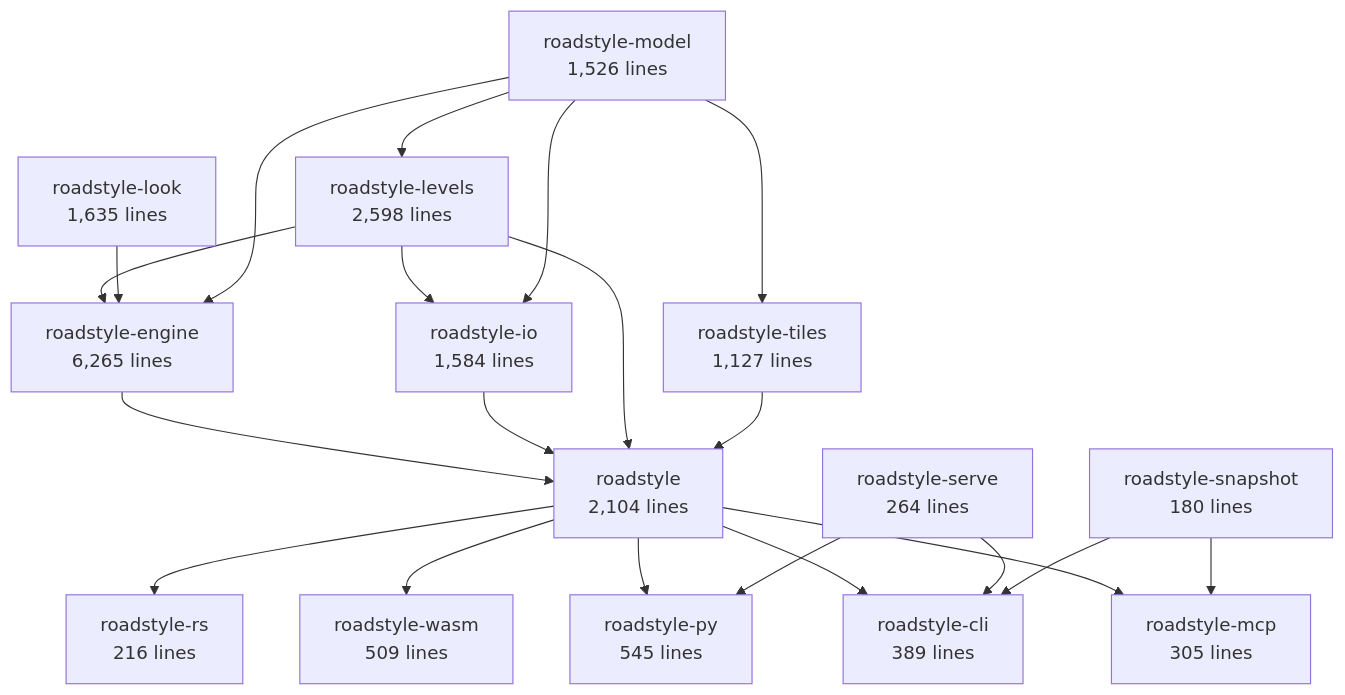
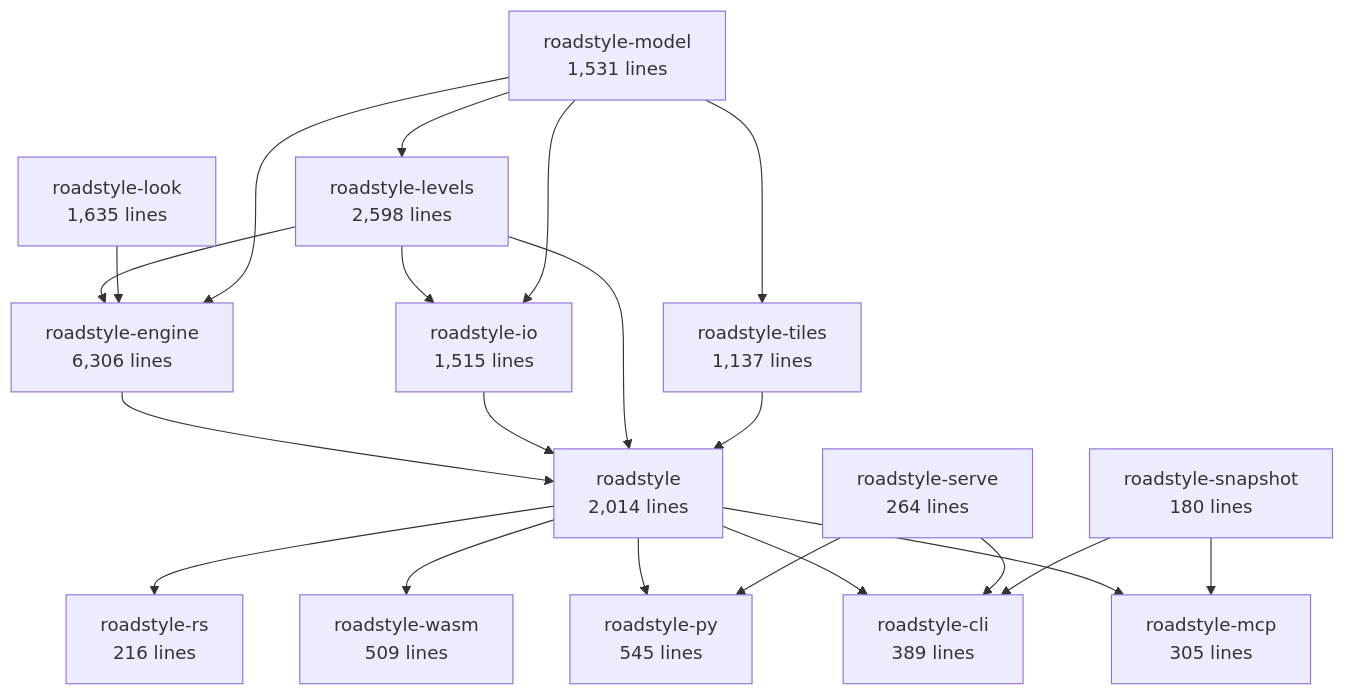
The second of 6 diagrams in docs/rust/architecture.md (Khoshkhah/roadstyle), drawn with Mermaid before and after one commit. The commit also changed other lines of this file and 2 other files, not shown here.

First line of the commit message:
test goldens: the two page goldens again after the merge of rust-engine bcea0ae

````diff
--- a/docs/rust/architecture.md
+++ b/docs/rust/architecture.md
@@ -70,37 +70,37 @@
 ```mermaid
 flowchart TB
-    roadstyle_model["roadstyle-model<br/>1,526 lines"]
+    roadstyle_model["roadstyle-model<br/>1,531 lines"]
     roadstyle_look["roadstyle-look<br/>1,635 lines"]
-    roadstyle_io["roadstyle-io<br/>1,584 lines"]
+    roadstyle_io["roadstyle-io<br/>1,515 lines"]
     roadstyle_levels["roadstyle-levels<br/>2,598 lines"]
-    roadstyle_engine["roadstyle-engine<br/>6,265 lines"]
-    roadstyle_tiles["roadstyle-tiles<br/>1,127 lines"]
-    roadstyle["roadstyle<br/>2,104 lines"]
+    roadstyle_engine["roadstyle-engine<br/>6,306 lines"]
+    roadstyle_tiles["roadstyle-tiles<br/>1,137 lines"]
+    roadstyle["roadstyle<br/>2,014 lines"]
     roadstyle_rs["roadstyle-rs<br/>216 lines"]
     roadstyle_wasm["roadstyle-wasm<br/>509 lines"]
     roadstyle_py["roadstyle-py<br/>545 lines"]
     roadstyle_cli["roadstyle-cli<br/>389 lines"]
     roadstyle_mcp["roadstyle-mcp<br/>305 lines"]
     roadstyle_serve["roadstyle-serve<br/>264 lines"]
     roadstyle_snapshot["roadstyle-snapshot<br/>180 lines"]
     roadstyle_levels --> roadstyle_io
     roadstyle_model --> roadstyle_io
     roadstyle_model --> roadstyle_levels
     roadstyle_levels --> roadstyle_engine
     roadstyle_look --> roadstyle_engine
     roadstyle_model --> roadstyle_engine
     roadstyle_model --> roadstyle_tiles
     roadstyle_engine --> roadstyle
     roadstyle_io --> roadstyle
     roadstyle_levels --> roadstyle
     roadstyle_tiles --> roadstyle
     roadstyle --> roadstyle_rs
     roadstyle --> roadstyle_wasm
     roadstyle --> roadstyle_py
     roadstyle_serve --> roadstyle_py
     roadstyle --> roadstyle_cli
     roadstyle_serve --> roadstyle_cli
     roadstyle_snapshot --> roadstyle_cli
     roadstyle --> roadstyle_mcp
     roadstyle_snapshot --> roadstyle_mcp
 ```
````
